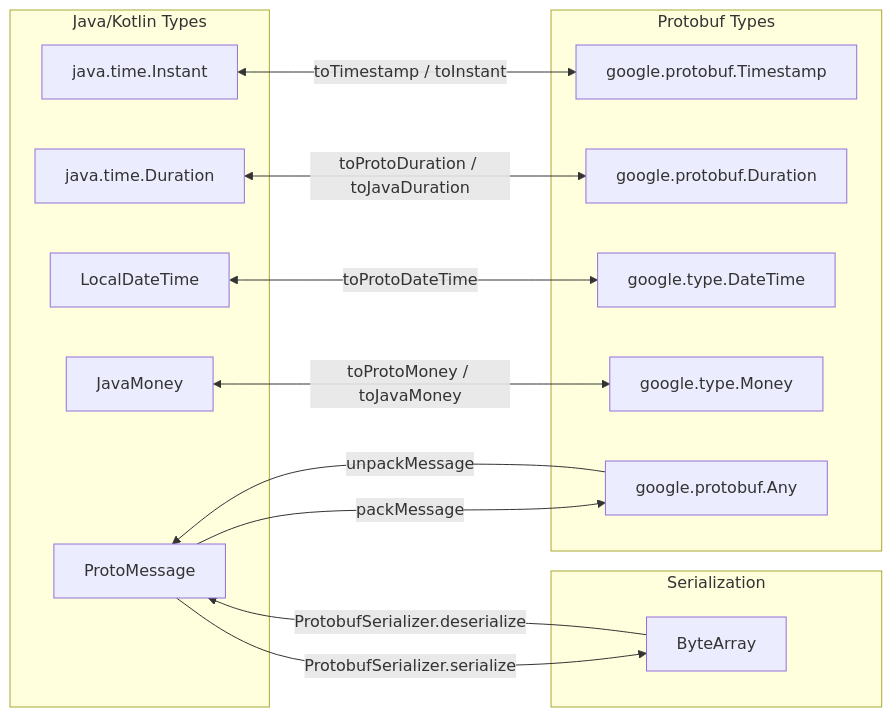
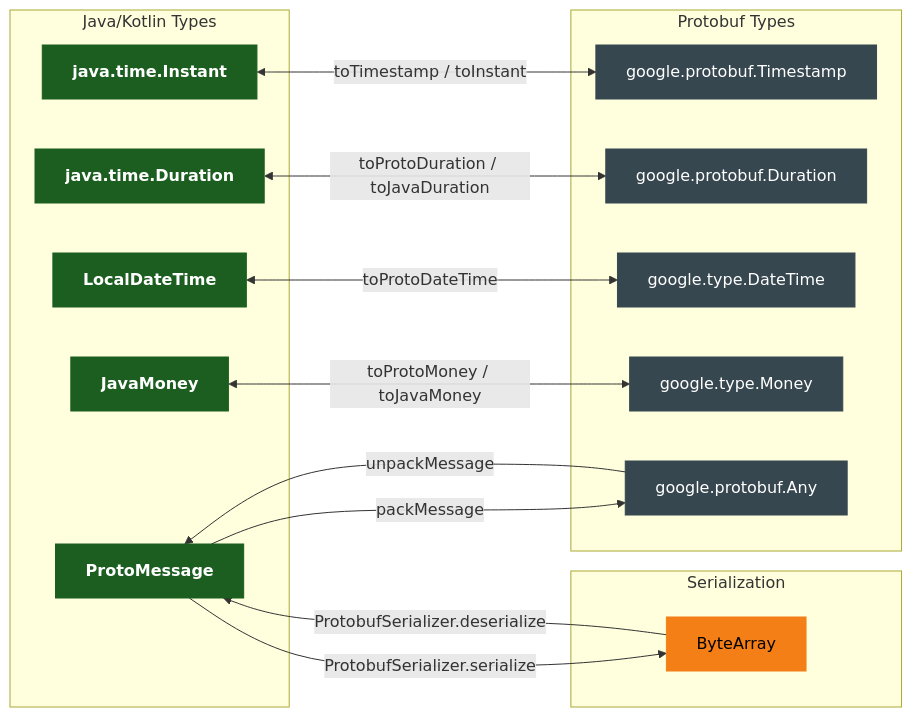
Before and after one commit to bluetape4k/bluetape4k-projects: the second of 3 diagrams in io/protobuf/README.md, drawn with Mermaid. The commit also changed other lines of this file and 221 other files, not shown here.

First line of the commit message:
docs: 전체 모듈 README UML 다이어그램 보강 및 색상 업그레이드

````diff
--- a/io/protobuf/README.md
+++ b/io/protobuf/README.md
@@ -67,31 +75,40 @@
 ```mermaid
 flowchart LR
     subgraph Java_Types["Java/Kotlin Types"]
         INS[java.time.Instant]
         DUR[java.time.Duration]
         LDT[LocalDateTime]
         JM[JavaMoney]
         MSG[ProtoMessage]
     end
 
     subgraph Proto_Types["Protobuf Types"]
         TS[google.protobuf.Timestamp]
         PD[google.protobuf.Duration]
         DT[google.type.DateTime]
         PM[google.type.Money]
         ANY[google.protobuf.Any]
     end
 
     subgraph Serialization
         BA[ByteArray]
     end
 
     INS <-->|toTimestamp / toInstant| TS
     DUR <-->|toProtoDuration / toJavaDuration| PD
     LDT <-->|toProtoDateTime| DT
     JM <-->|toProtoMoney / toJavaMoney| PM
     MSG -->|packMessage| ANY
     ANY -->|unpackMessage| MSG
     MSG -->|ProtobufSerializer.serialize| BA
     BA -->|ProtobufSerializer.deserialize| MSG
+
+    classDef coreStyle fill:#1B5E20,stroke:#1B5E20,color:#FFFFFF,font-weight:bold
+    classDef serviceStyle fill:#1565C0,stroke:#1565C0,color:#FFFFFF
+    classDef extStyle fill:#37474F,stroke:#37474F,color:#FFFFFF
+    classDef dataStyle fill:#F57F17,stroke:#F57F17,color:#000000
+
+    class INS,DUR,LDT,JM,MSG coreStyle
+    class TS,PD,DT,PM,ANY extStyle
+    class BA dataStyle
 ```
````
